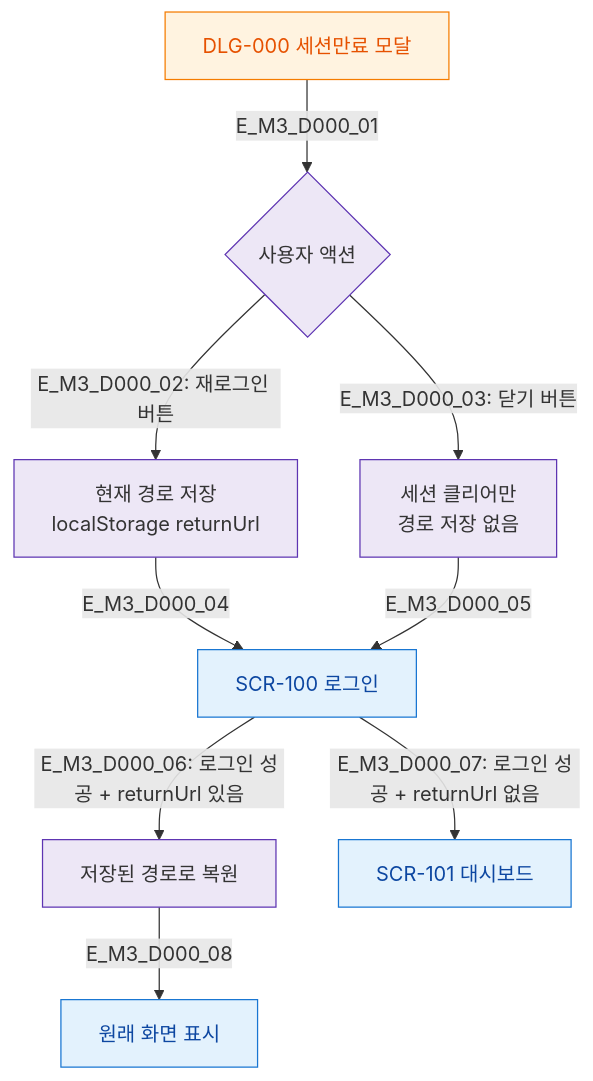
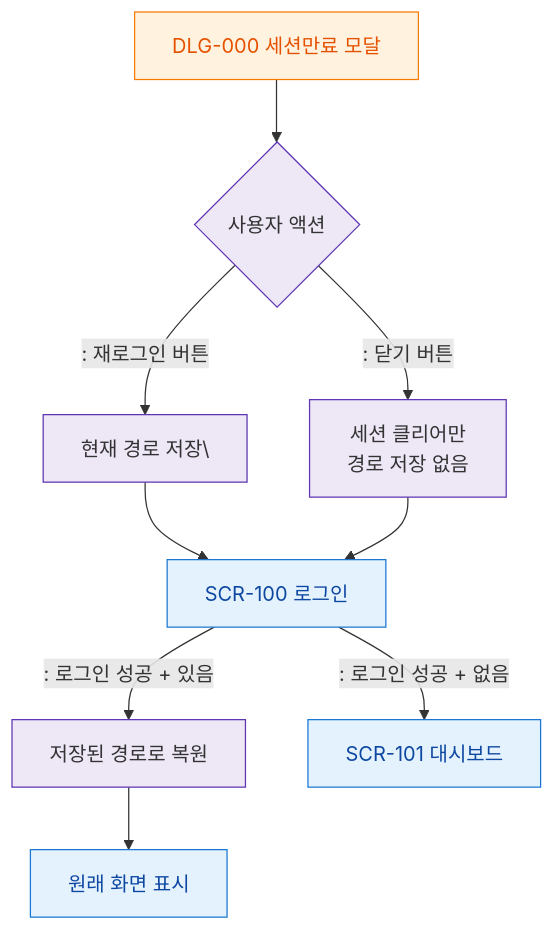
Before and after one commit to dev-spogym/admin-pando: the diagram in docs/다이어그램/D01_공통/DLG/DLG-000_세션만료/M3_결과분기.md, drawn with Mermaid. The commit also changed other lines of this file and 1660 other files, not shown here.

First line of the commit message:
다이어그램: 기획자/클라이언트 납품본으로 정리

````diff
--- a/docs/다이어그램/D01_공통/DLG/DLG-000_세션만료/M3_결과분기.md
+++ b/docs/다이어그램/D01_공통/DLG/DLG-000_세션만료/M3_결과분기.md
@@ -19,23 +17,23 @@
 ```mermaid
 flowchart TD
-    DLG_000[DLG-000 세션만료 모달] -->|E_M3_D000_01| ACTION{사용자 액션}
+    DLG_000[DLG-000 세션만료 모달] --> ACTION{사용자 액션}
 
-    ACTION -->|"E_M3_D000_02: 재로그인 버튼"| SAVE_REDIRECT[현재 경로 저장\nlocalStorage returnUrl]
-    ACTION -->|"E_M3_D000_03: 닫기 버튼"| CLEAR_ONLY[세션 클리어만\n경로 저장 없음]
+    ACTION -->|": 재로그인 버튼"|SAVE_REDIRECT[현재 경로 저장\]
+    ACTION -->|": 닫기 버튼"|CLEAR_ONLY[세션 클리어만\n경로 저장 없음]
 
-    SAVE_REDIRECT -->|E_M3_D000_04| SCR_100[SCR-100 로그인]
-    CLEAR_ONLY -->|E_M3_D000_05| SCR_100
+    SAVE_REDIRECT --> SCR_100[SCR-100 로그인]
+    CLEAR_ONLY --> SCR_100
 
-    SCR_100 -->|"E_M3_D000_06: 로그인 성공 + returnUrl 있음"| RESTORE[저장된 경로로 복원]
-    SCR_100 -->|"E_M3_D000_07: 로그인 성공 + returnUrl 없음"| DASH[SCR-101 대시보드]
+    SCR_100 -->|": 로그인 성공 + 있음"|RESTORE[저장된 경로로 복원]
+    SCR_100 -->|": 로그인 성공 + 없음"|DASH[SCR-101 대시보드]
 
-    RESTORE -->|E_M3_D000_08| ORIGINAL[원래 화면 표시]
+    RESTORE --> ORIGINAL[원래 화면 표시]
 
-    classDef screen  fill:#E3F2FD,stroke:#1976D2,color:#0D47A1
-    classDef modal   fill:#FFF3E0,stroke:#F57C00,color:#E65100
-    classDef system  fill:#EDE7F6,stroke:#5E35B2
+    classDef screen fill:#E3F2FD,stroke:#1976D2,color:#0D47A1
+    classDef modal fill:#FFF3E0,stroke:#F57C00,color:#E65100
+    classDef system fill:#EDE7F6,stroke:#5E35B2
     classDef success fill:#E8F5E9,stroke:#2E7D32,color:#1B5E20
     class SCR_100,DASH,ORIGINAL screen
     class DLG_000 modal
     class ACTION,SAVE_REDIRECT,CLEAR_ONLY,RESTORE system
 ```
````
